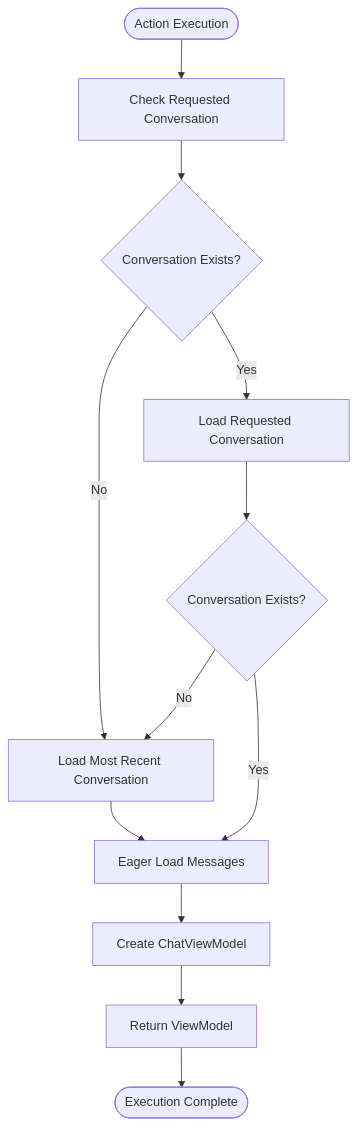
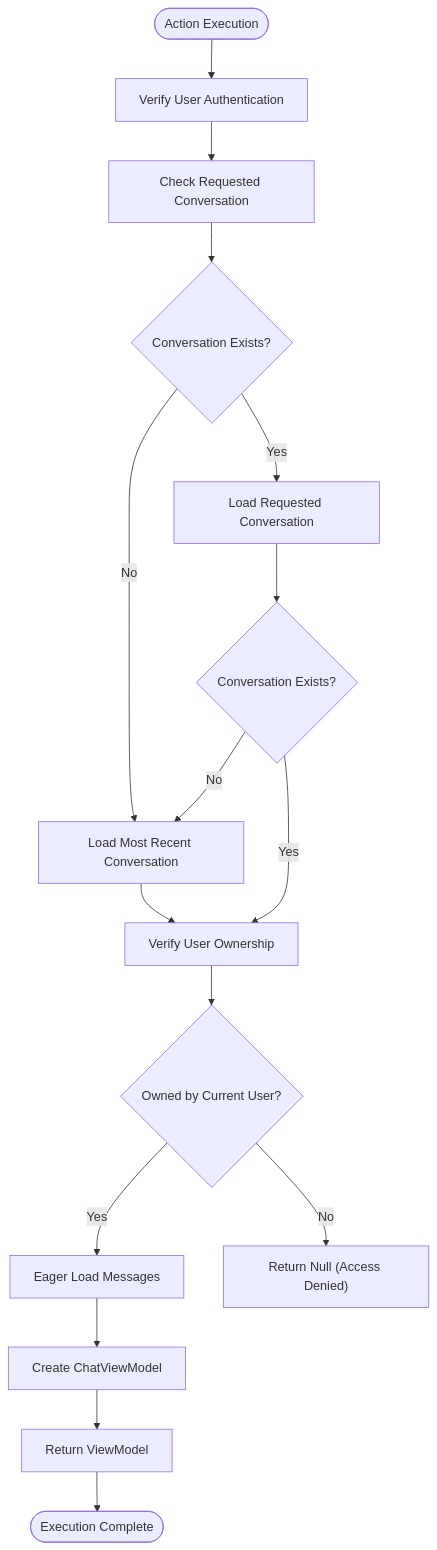
Before and after one commit to siimliimand/laravel-assistant: the sixth of 9 diagrams in .qoder/repowiki/en/content/Actions Layer Specification.md, drawn with Mermaid. The commit also changed other lines of this file and 5 other files, not shown here.

First line of the commit message:
feat(auth): integrate comprehensive user authentication and ownership validation

````diff
--- a/.qoder/repowiki/en/content/Actions Layer Specification.md
+++ b/.qoder/repowiki/en/content/Actions Layer Specification.md
@@ -299,14 +315,18 @@
 ```mermaid
 flowchart TD
-Start([Action Execution]) --> CheckConversation["Check Requested Conversation"]
+Start([Action Execution]) --> CheckAuth["Verify User Authentication"]
+CheckAuth --> CheckConversation["Check Requested Conversation"]
 CheckConversation --> HasConversation{"Conversation Exists?"}
 HasConversation --> |No| LoadLatest["Load Most Recent Conversation"]
 HasConversation --> |Yes| LoadRequested["Load Requested Conversation"]
-LoadLatest --> EagerLoad["Eager Load Messages"]
+LoadLatest --> CheckOwnership["Verify User Ownership"]
+CheckOwnership --> OwnershipValid{"Owned by Current User?"}
+OwnershipValid --> |Yes| EagerLoad["Eager Load Messages"]
+OwnershipValid --> |No| ReturnNull["Return Null (Access Denied)"]
 LoadRequested --> CheckExists{"Conversation Exists?"}
-CheckExists --> |Yes| EagerLoad
+CheckExists --> |Yes| CheckOwnership
 CheckExists --> |No| LoadLatest
 EagerLoad --> CreateViewModel["Create ChatViewModel"]
 CreateViewModel --> Return["Return ViewModel"]
 Return --> End([Execution Complete])
 ```
````
